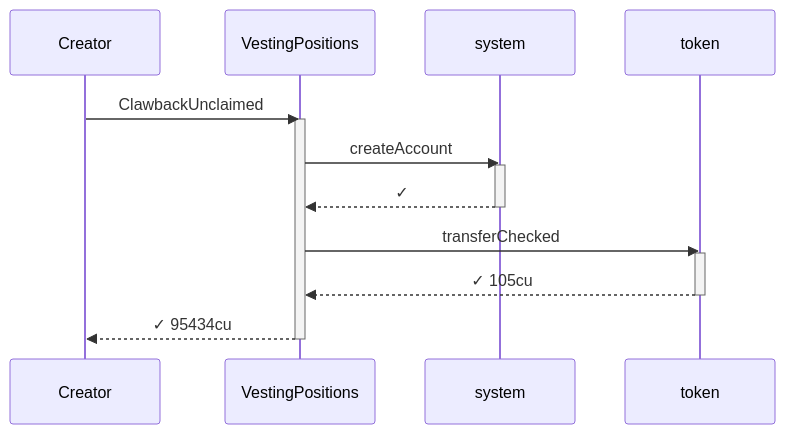
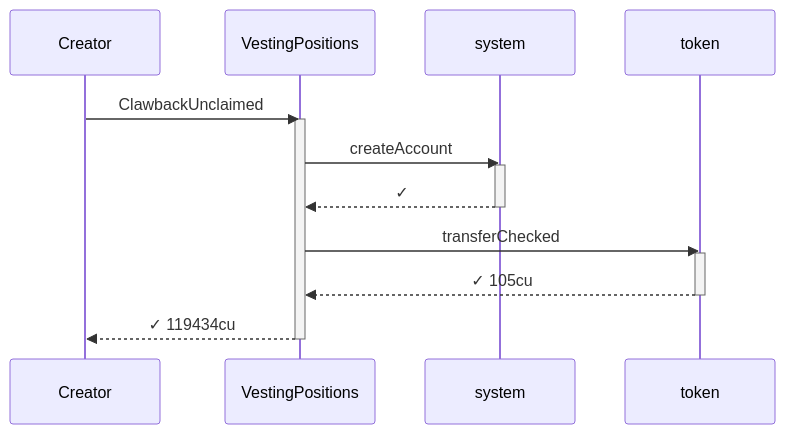
One commit to cds-turbin3/vesting-position changed the fourth of 9 diagrams in babelfish-tests/test-report/clawback_unclaimed_recovers_allocation_and_blocks_claim.md. Above: the diagram before and after it, drawn with Mermaid. The commit also changed other lines of this file and 106 other files, not shown here.

````diff
--- a/babelfish-tests/test-report/clawback_unclaimed_recovers_allocation_and_blocks_claim.md
+++ b/babelfish-tests/test-report/clawback_unclaimed_recovers_allocation_and_blocks_claim.md
@@ -204,19 +212,19 @@
 ```mermaid
 sequenceDiagram
     participant p0 as Creator
     participant p1 as VestingPositions
     participant p2 as system
     participant p3 as token
     p0->>p1: ClawbackUnclaimed
     activate p1
     p1->>p2: createAccount
     activate p2
     p2-->>p1: ✓
     deactivate p2
     p1->>p3: transferChecked
     activate p3
     p3-->>p1: ✓ 105cu
     deactivate p3
-    p1-->>p0: ✓ 95434cu
+    p1-->>p0: ✓ 119434cu
     deactivate p1
 ```
````
